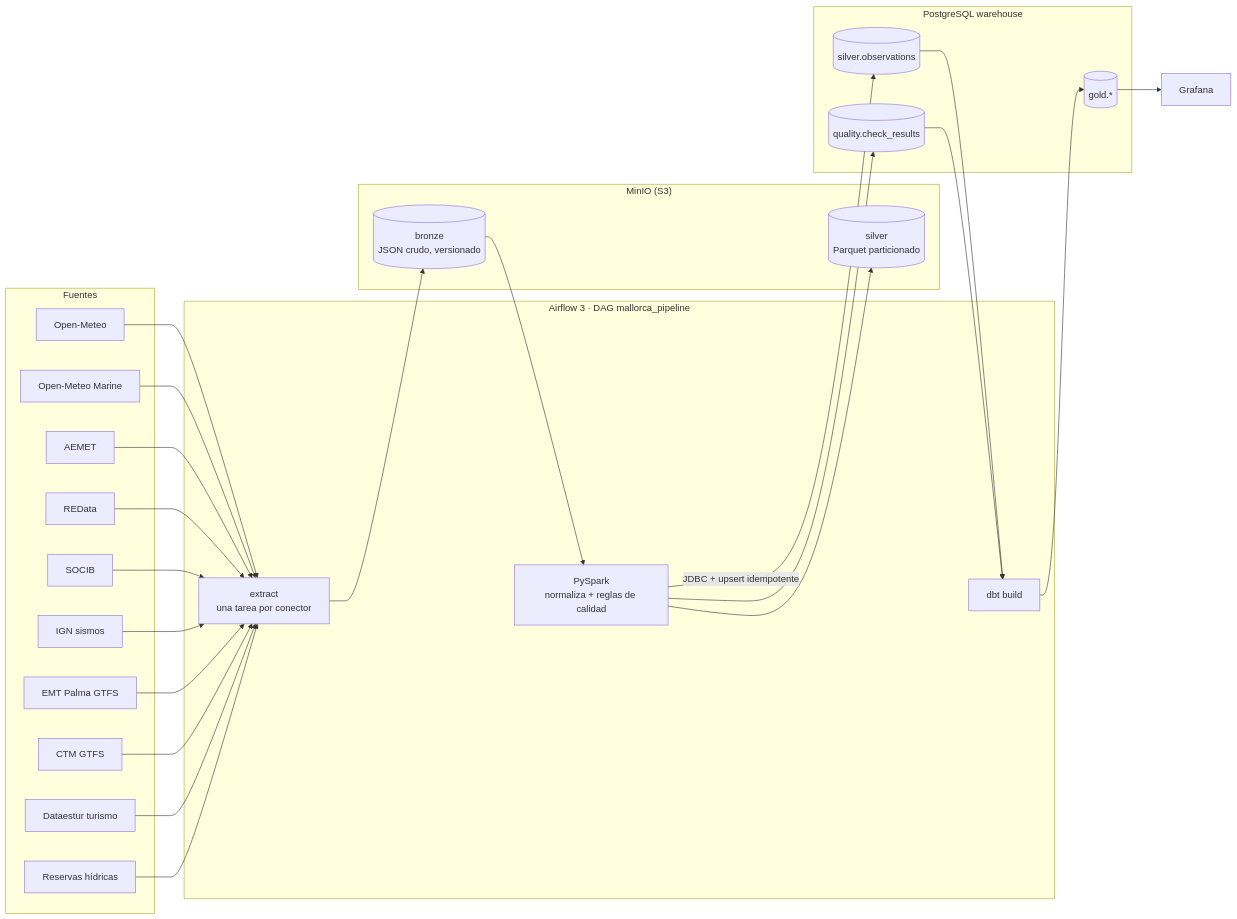
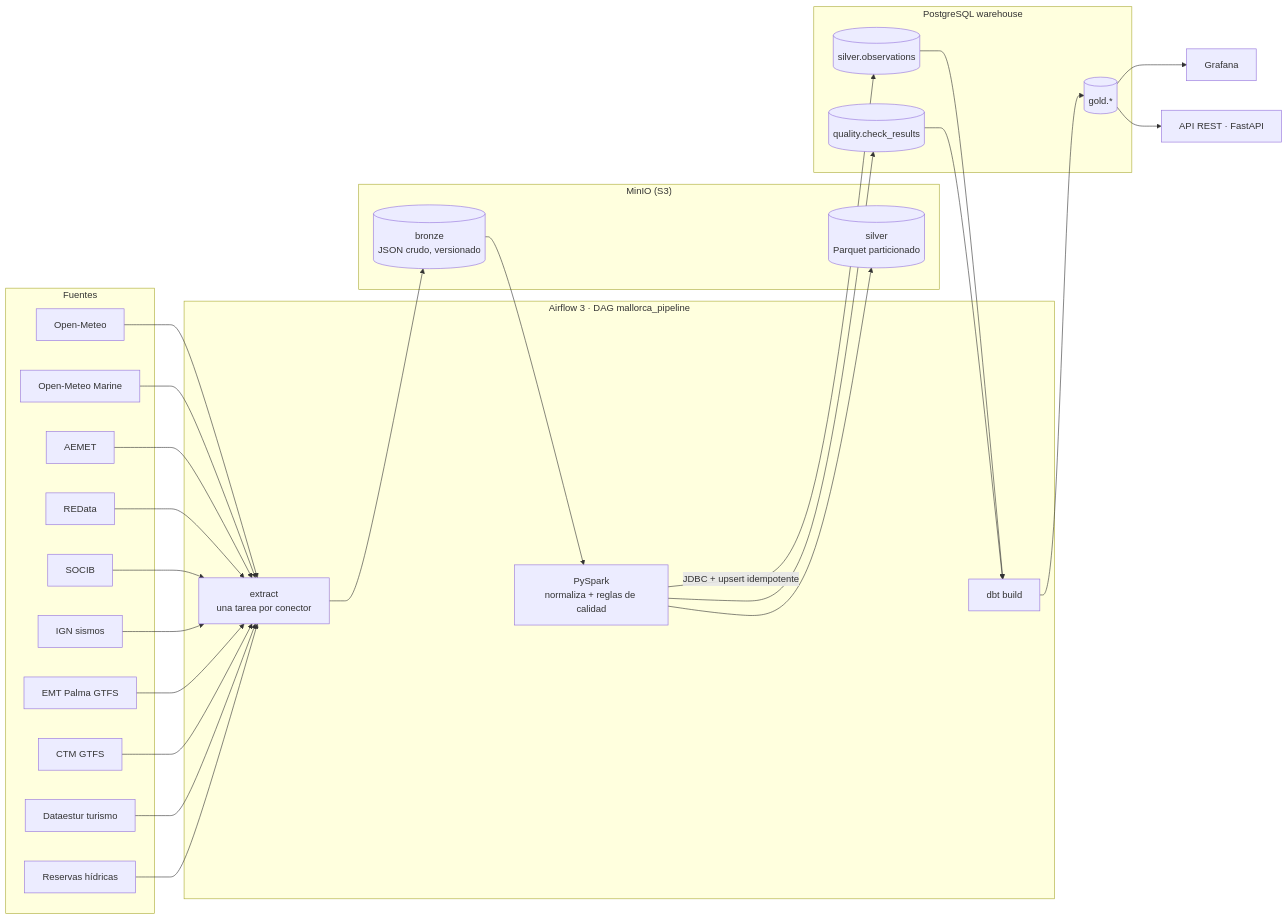
The diagram in README.md (AlexandreColl/MallorcaDataPlatform), drawn with Mermaid before and after one commit. The commit also changed other lines of this file and 5 other files, not shown here.

````diff
--- a/README.md
+++ b/README.md
@@ -21,35 +21,36 @@
 ```mermaid
 flowchart LR
     subgraph Fuentes
         OM[Open-Meteo]
         OMM[Open-Meteo Marine]
         AE[AEMET]
         RD[REData]
         SO[SOCIB]
         IG[IGN sismos]
         EM[EMT Palma GTFS]
         CT[CTM GTFS]
         DE[Dataestur turismo]
         WR[Reservas hídricas]
     end
     subgraph Airflow["Airflow 3 · DAG mallorca_pipeline"]
         EX[extract<br/>una tarea por conector]
         SP[PySpark<br/>normaliza + reglas de calidad]
         DBT[dbt build]
     end
     subgraph MinIO["MinIO (S3)"]
         BR[(bronze<br/>JSON crudo, versionado)]
         SL[(silver<br/>Parquet particionado)]
     end
     subgraph PG[PostgreSQL warehouse]
         SV[(silver.observations)]
         QC[(quality.check_results)]
         GD[(gold.*)]
     end
     OM & OMM & AE & RD & SO & IG & EM & CT & DE & WR --> EX --> BR --> SP
     SP --> SL
     SP -->|JDBC + upsert idempotente| SV
     SP --> QC
     SV & QC --> DBT --> GD --> GF[Grafana]
+    GD --> API[API REST · FastAPI]
     classDef next stroke-dasharray: 5 5
 ```
````
